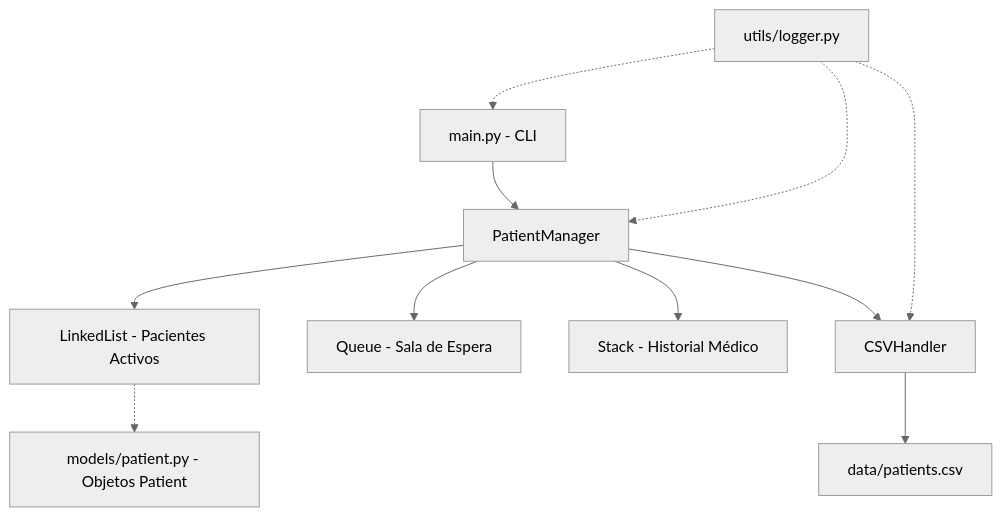
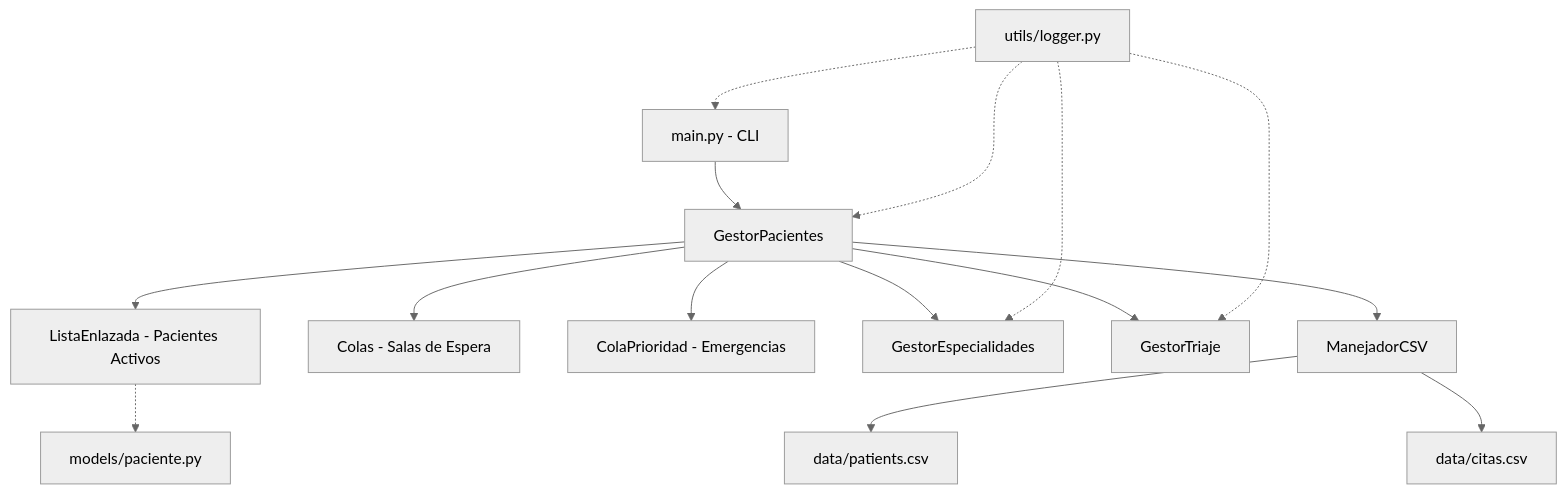
The diagram in README.md (TheBloodyCode/Sistema-Gestion-Pacientes), drawn with Mermaid (neutral theme) before and after one commit. The commit also changed other lines of this file, not shown here.

````diff
--- a/README.md
+++ b/README.md
@@ -550,13 +524,17 @@
 ```mermaid
 flowchart TD
-    A[main.py - CLI] --> B[PatientManager]
-    B --> C[LinkedList - Pacientes Activos]
-    B --> D[Queue - Sala de Espera]
-    B --> E[Stack - Historial Médico]
-    B --> F[CSVHandler]
-    F --> G[data/patients.csv]
-    H[utils/logger.py] -.-> A
-    H -.-> B
-    H -.-> F
-    C -.-> I[models/patient.py - Objetos Patient]
+    A[main.py - CLI] --> B[GestorPacientes]
+    B --> C[ListaEnlazada - Pacientes Activos]
+    B --> D[Colas - Salas de Espera]
+    B --> E[ColaPrioridad - Emergencias]
+    B --> F[GestorEspecialidades]
+    B --> G[GestorTriaje]
+    B --> H[ManejadorCSV]
+    H --> I[data/patients.csv]
+    H --> J[data/citas.csv]
+    K[utils/logger.py] -.-> A
+    K -.-> B
+    K -.-> F
+    K -.-> G
+    C -.-> L[models/paciente.py]
 ```
````
